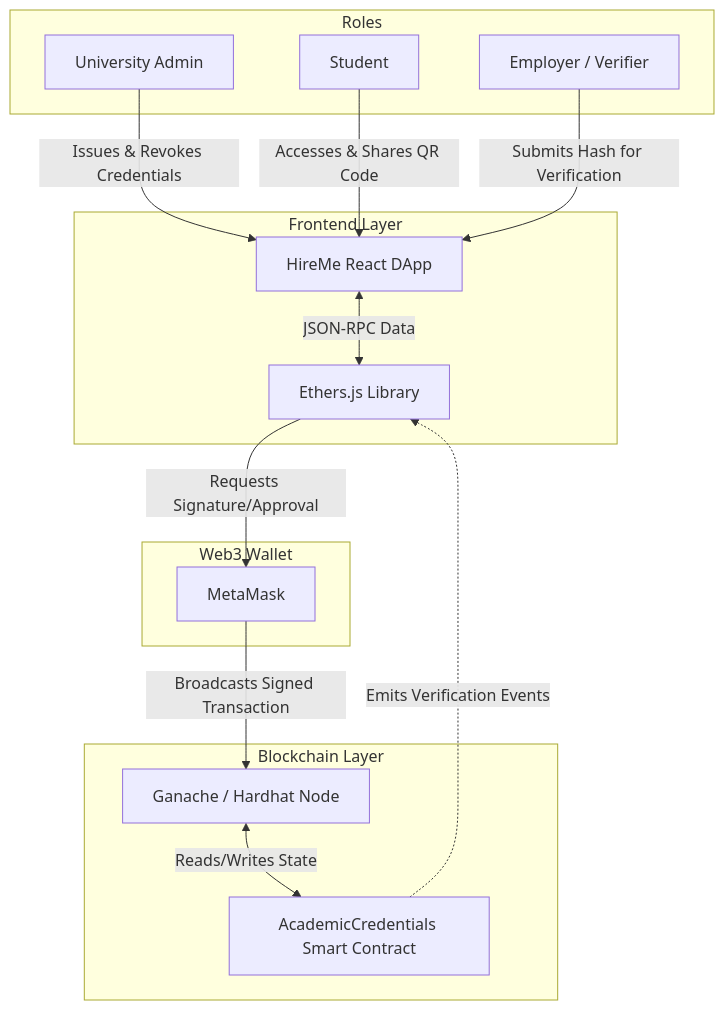
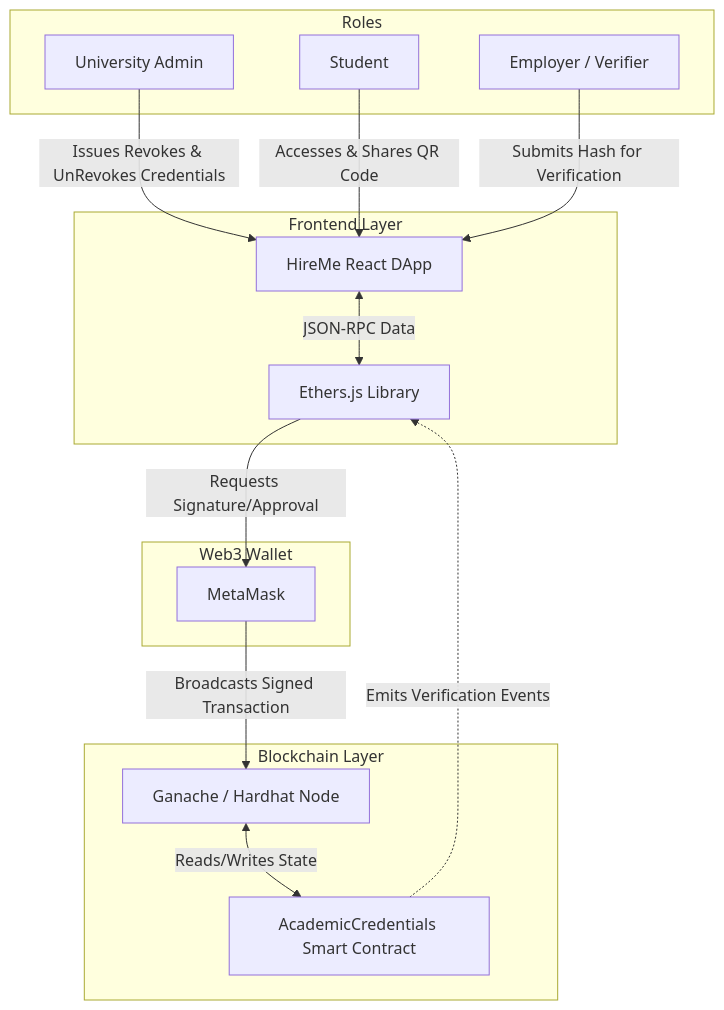
The diagram in README.md (harinks/ACADEMIC-CREDENTIALS-DAPP), drawn with Mermaid before and after one commit. The commit also changed other lines of this file, not shown here.

First line of the commit message:
Revise team members and system architecture details

````diff
--- a/README.md
+++ b/README.md
@@ -20,32 +20,32 @@
 ```mermaid
 graph TD;
     subgraph Roles
         A[University Admin]
         B[Student]
         C[Employer / Verifier]
     end
 
     subgraph Frontend Layer
         UI[HireMe React DApp]
         WEB3[Ethers.js Library]
     end
 
     subgraph Web3 Wallet
         MM[MetaMask]
     end
 
     subgraph Blockchain Layer
         NODE[Ganache / Hardhat Node]
         SC[AcademicCredentials Smart Contract]
     end
 
-    A -->|Issues & Revokes Credentials| UI
+    A -->|Issues Revokes & UnRevokes Credentials| UI
     B -->|Accesses & Shares QR Code| UI
     C -->|Submits Hash for Verification| UI
 
     UI <-->|JSON-RPC Data| WEB3
     WEB3 -->|Requests Signature/Approval| MM
     MM -->|Broadcasts Signed Transaction| NODE
     NODE <-->|Reads/Writes State| SC
     SC -.->|Emits Verification Events| WEB3
 ```
````
